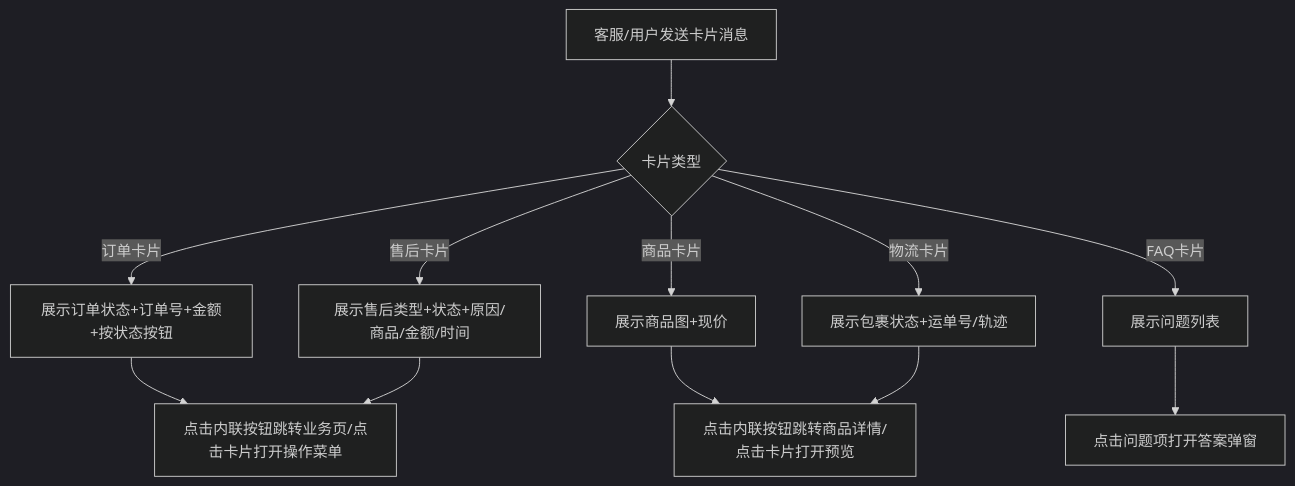
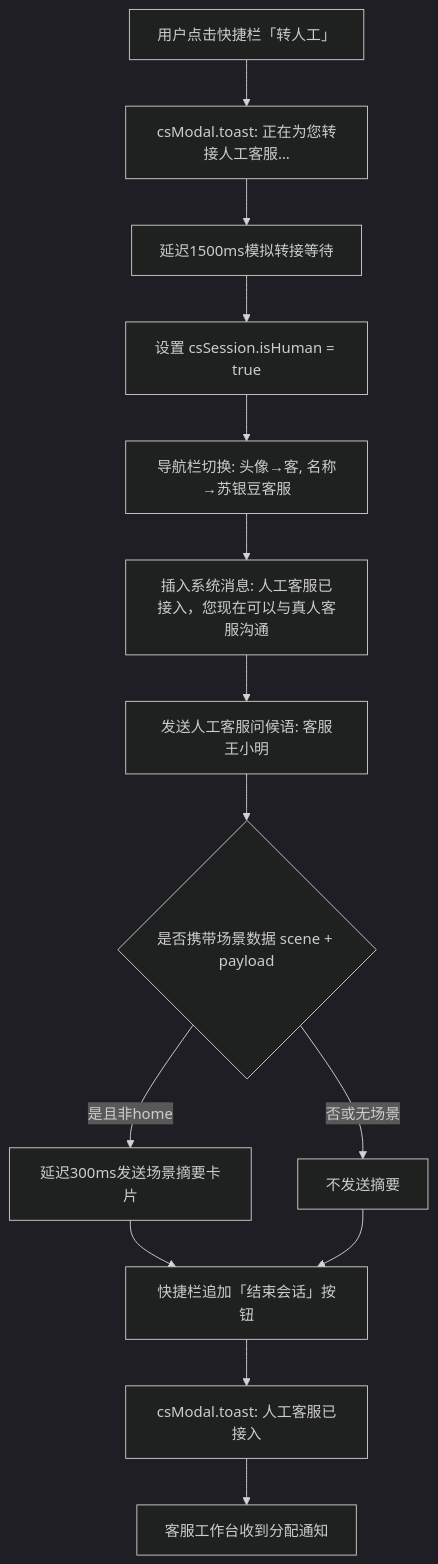
Before and after one commit to lyuxiaohei/OCS: the second of 9 diagrams in prototype-cs/user/PRD/02-聊天主界面.md, drawn with Mermaid (dark theme). The commit also changed other lines of this file and 29 other files, not shown here.

````diff
--- a/prototype-cs/user/PRD/02-聊天主界面.md
+++ b/prototype-cs/user/PRD/02-聊天主界面.md
@@ -212,14 +96,16 @@
 ```mermaid
 flowchart TD
-    A[客服/用户发送卡片消息] --> B{卡片类型}
-    B -->|订单卡片| C[展示订单状态+订单号+金额+按状态按钮]
-    B -->|售后卡片| D[展示售后类型+状态+原因/商品/金额/时间]
-    B -->|商品卡片| E[展示商品图+现价]
-    B -->|物流卡片| F[展示包裹状态+运单号/轨迹]
-    B -->|FAQ卡片| G[展示问题列表]
-    C --> H[点击内联按钮跳转业务页/点击卡片打开操作菜单]
-    D --> H
-    E --> I[点击内联按钮跳转商品详情/点击卡片打开预览]
-    F --> I
-    G --> J[点击问题项打开答案弹窗]
+    A[用户点击快捷栏「转人工」] --> B[csModal.toast: 正在为您转接人工客服…]
+    B --> C[延迟1500ms模拟转接等待]
+    C --> D[设置 csSession.isHuman = true]
+    D --> E[导航栏切换: 头像→客, 名称→苏银豆客服]
+    E --> F[插入系统消息: 人工客服已接入，您现在可以与真人客服沟通]
+    F --> G[发送人工客服问候语: 客服王小明]
+    G --> H{是否携带场景数据 scene + payload}
+    H -->|是且非home| I[延迟300ms发送场景摘要卡片]
+    H -->|否或无场景| J[不发送摘要]
+    I --> K[快捷栏追加「结束会话」按钮]
+    J --> K
+    K --> L[csModal.toast: 人工客服已接入]
+    L --> M[客服工作台收到分配通知]
 ```
````
